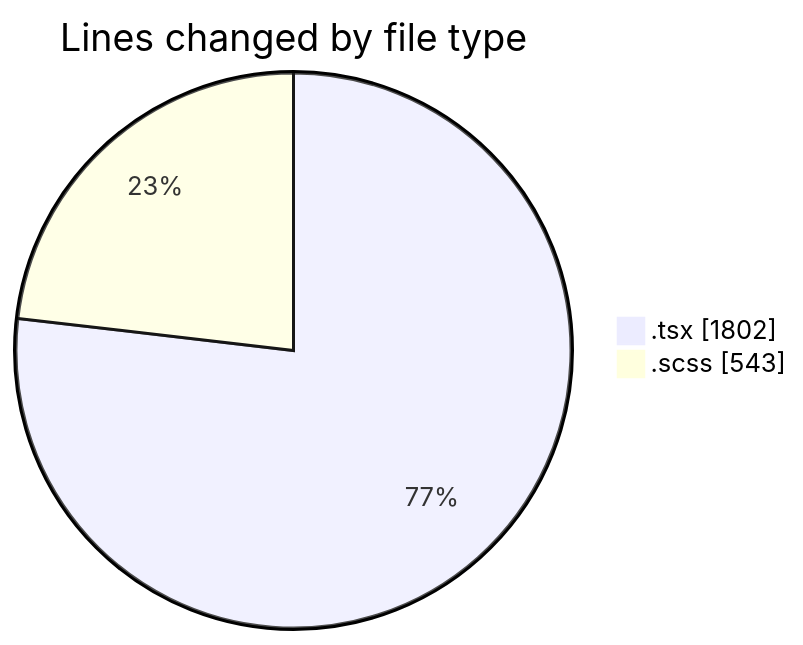
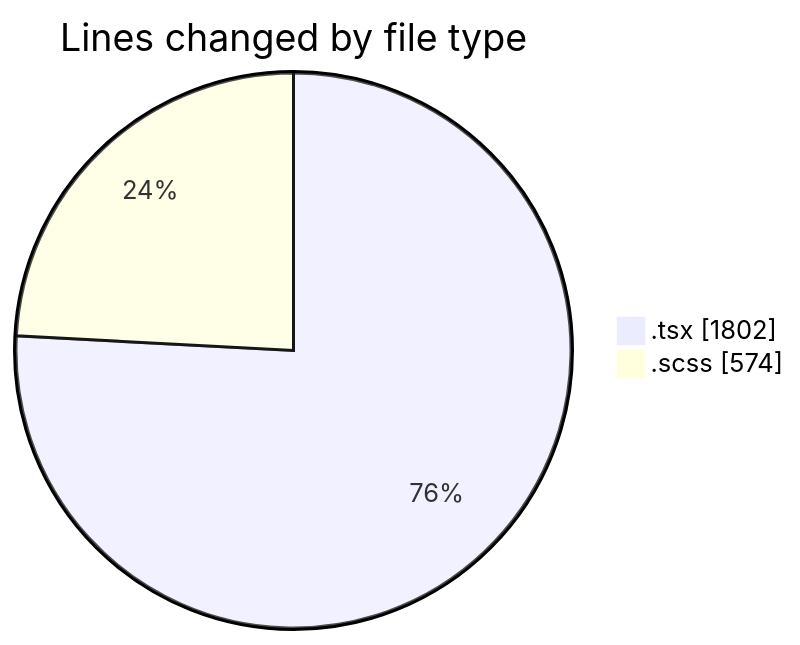
The first of 2 diagrams in 2025-10-03/cda/README.md (momahboobian/code-tracking), drawn with Mermaid before and after one commit. The commit also changed other lines of this file and 1 other file, not shown here.

````diff
--- a/2025-10-03/cda/README.md
+++ b/2025-10-03/cda/README.md
@@ -24,6 +24,6 @@
 ```mermaid
 pie showData
 title Lines changed by file type
 ".tsx" : 1802
-".scss" : 543
+".scss" : 574
 ```
````
